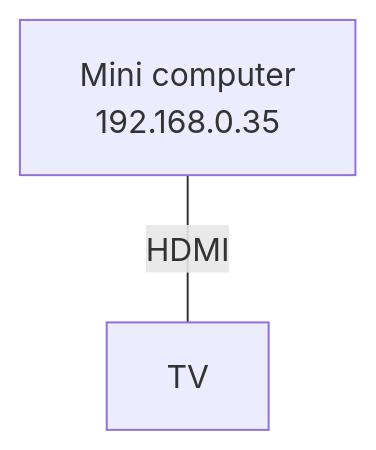
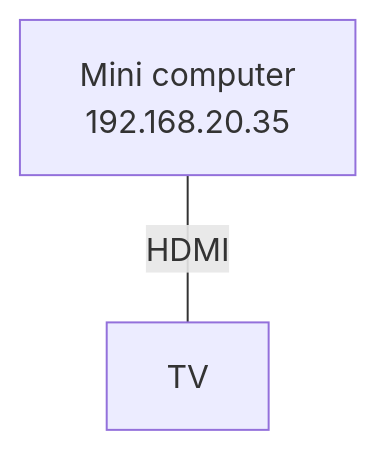
One commit to djmorton42/sso-etiming-docs changed the third of 3 diagrams in etiming-setup-diagram.md. Above: the diagram before and after it, drawn with Mermaid. The commit also changed other lines of this file and 2 other files, not shown here.

````diff
--- a/etiming-setup-diagram.md
+++ b/etiming-setup-diagram.md
@@ -76,6 +75,6 @@
 ```mermaid
 flowchart TD
-  mini["Mini computer\n192.168.0.35"]
+  mini["Mini computer\n192.168.20.35"]
   tv["TV"]
   mini ---|HDMI| tv
 ```
````
